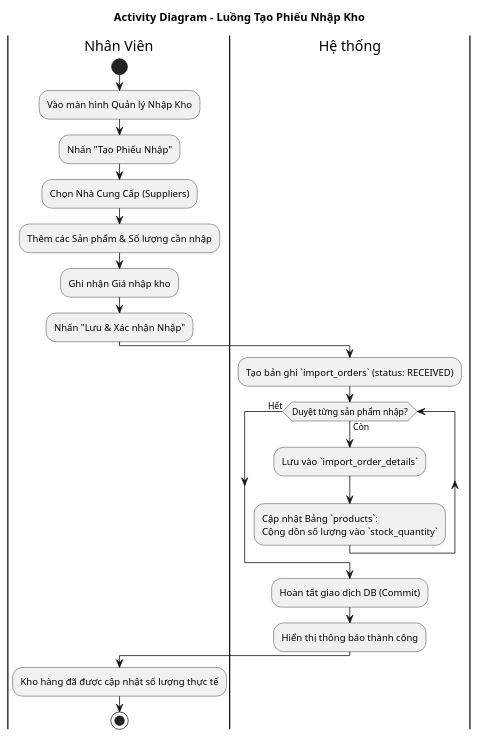
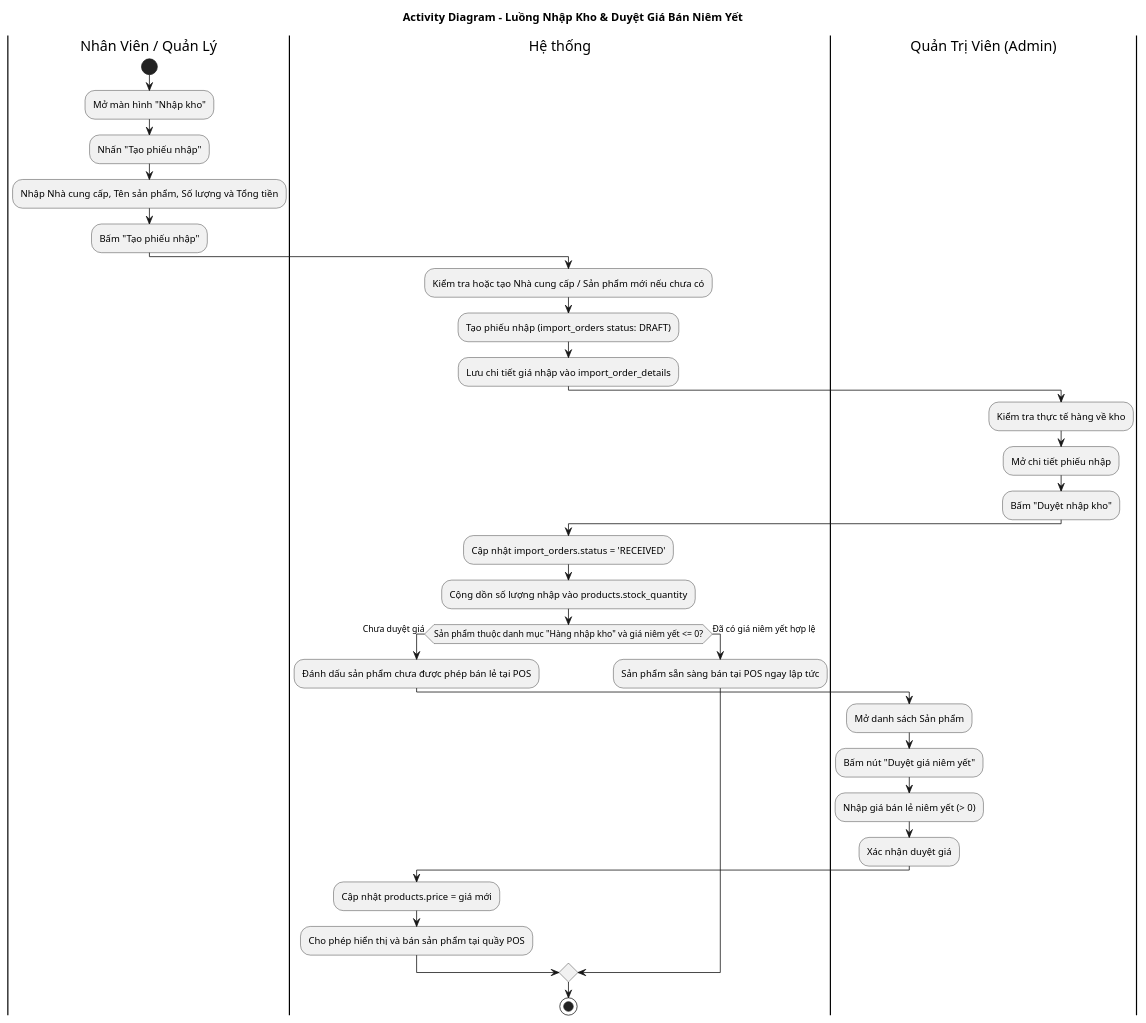
Before and after one commit to hung-it/Badminton_Court_Management: the fourth of 4 diagrams in docs/activity.md, drawn with PlantUML. The commit also changed other lines of this file and 62 other files, not shown here.

````diff
--- a/docs/activity.md
+++ b/docs/activity.md
@@ -107,31 +186,44 @@
 ```plantuml
 @startuml
-title Activity Diagram - Luồng Tạo Phiếu Nhập Kho
+title Activity Diagram - Luồng Nhập Kho & Duyệt Giá Bán Niêm Yết
 skinparam maxMessageSize 150
 
-|Nhân Viên|
+|Nhân Viên / Quản Lý|
 start
-:Vào màn hình Quản lý Nhập Kho;
-:Nhấn "Tạo Phiếu Nhập";
-:Chọn Nhà Cung Cấp (Suppliers);
-:Thêm các Sản phẩm & Số lượng cần nhập;
-:Ghi nhận Giá nhập kho;
-:Nhấn "Lưu & Xác nhận Nhập";
+:Mở màn hình "Nhập kho";
+:Nhấn "Tạo phiếu nhập";
+:Nhập Nhà cung cấp, Tên sản phẩm, Số lượng và Tổng tiền;
+:Bấm "Tạo phiếu nhập";
 
 |Hệ thống|
-:Tạo bản ghi `import_orders` (status: RECEIVED);
+:Kiểm tra hoặc tạo Nhà cung cấp / Sản phẩm mới nếu chưa có;
+:Tạo phiếu nhập (import_orders status: DRAFT);
+:Lưu chi tiết giá nhập vào import_order_details;
 
-while (Duyệt từng sản phẩm nhập?) is (Còn)
-  :Lưu vào `import_order_details`;
-  :Cập nhật Bảng `products`:
-  Cộng dồn số lượng vào `stock_quantity`;
-endwhile (Hết)
+|Quản Trị Viên (Admin)|
+:Kiểm tra thực tế hàng về kho;
+:Mở chi tiết phiếu nhập;
+:Bấm "Duyệt nhập kho";
 
-:Hoàn tất giao dịch DB (Commit);
-:Hiển thị thông báo thành công;
+|Hệ thống|
+:Cập nhật import_orders.status = 'RECEIVED';
+:Cộng dồn số lượng nhập vào products.stock_quantity;
 
-|Nhân Viên|
-:Kho hàng đã được cập nhật số lượng thực tế;
+|Hệ thống|
+if (Sản phẩm thuộc danh mục "Hàng nhập kho" và giá niêm yết <= 0?) then (Chưa duyệt giá)
+  :Đánh dấu sản phẩm chưa được phép bán lẻ tại POS;
+  |Quản Trị Viên (Admin)|
+  :Mở danh sách Sản phẩm;
+  :Bấm nút "Duyệt giá niêm yết";
+  :Nhập giá bán lẻ niêm yết (> 0);
+  :Xác nhận duyệt giá;
+  |Hệ thống|
+  :Cập nhật products.price = giá mới;
+  :Cho phép hiển thị và bán sản phẩm tại quầy POS;
+else (Đã có giá niêm yết hợp lệ)
+  :Sản phẩm sẵn sàng bán tại POS ngay lập tức;
+endif
+
 stop
 @enduml
 ```
````
